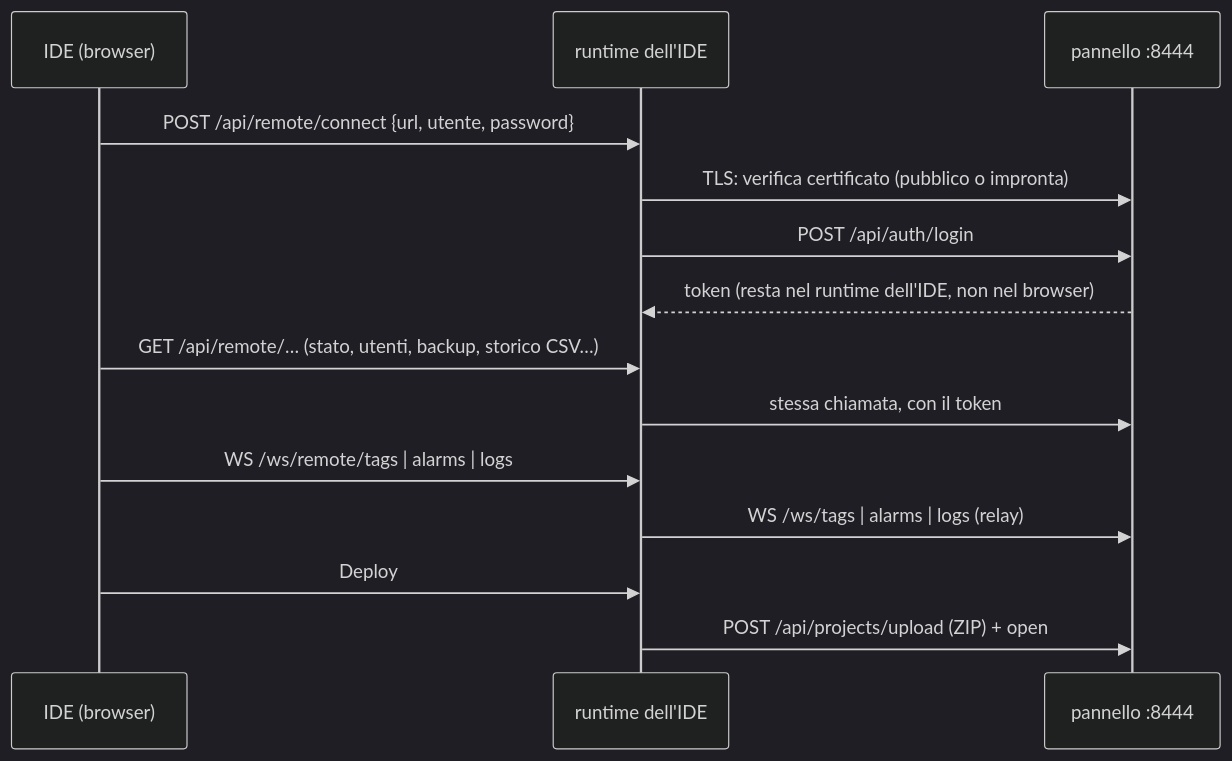
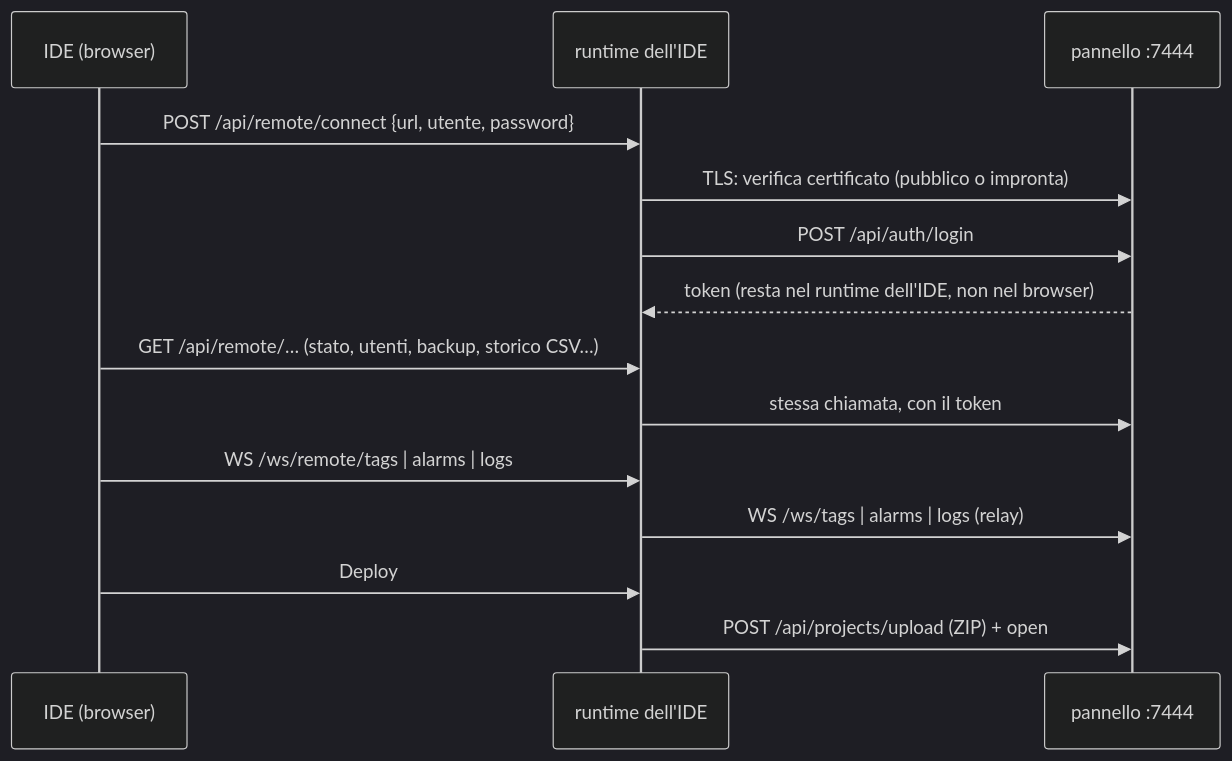
One commit to soligolab/sws changed the fifth of 7 diagrams in docs/manual/18_container_e_comunicazione.md. Above: the diagram before and after it, drawn with Mermaid (dark theme). The commit also changed other lines of this file and 88 other files, not shown here.

````diff
--- a/docs/manual/18_container_e_comunicazione.md
+++ b/docs/manual/18_container_e_comunicazione.md
@@ -318,16 +326,16 @@
 ```mermaid
 sequenceDiagram
   participant IDE as IDE (browser)
   participant RL as runtime dell'IDE
-  participant P as pannello :8444
+  participant P as pannello :7444
   IDE->>RL: POST /api/remote/connect {url, utente, password}
   RL->>P: TLS: verifica certificato (pubblico o impronta)
   RL->>P: POST /api/auth/login
   P-->>RL: token (resta nel runtime dell'IDE, non nel browser)
   IDE->>RL: GET /api/remote/… (stato, utenti, backup, storico CSV…)
   RL->>P: stessa chiamata, con il token
   IDE->>RL: WS /ws/remote/tags | alarms | logs
   RL->>P: WS /ws/tags | alarms | logs (relay)
   IDE->>RL: Deploy
   RL->>P: POST /api/projects/upload (ZIP) + open
 ```
````
